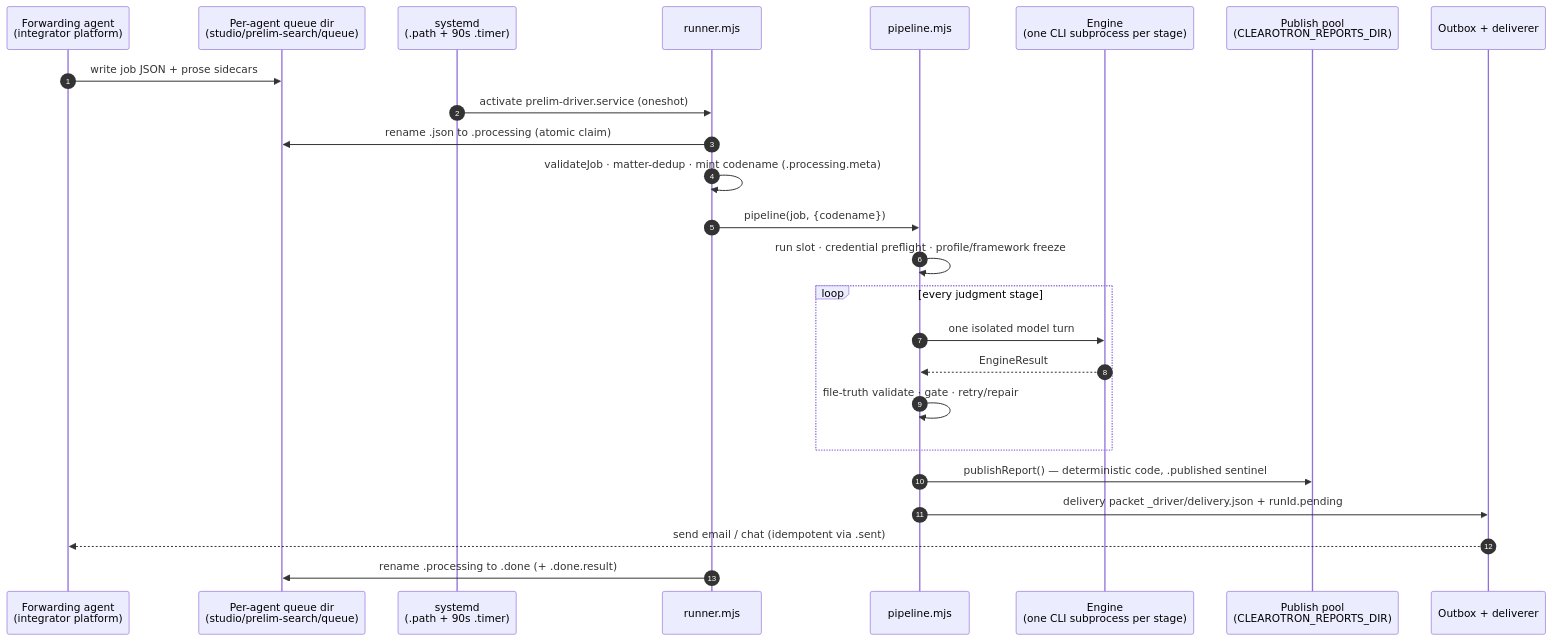
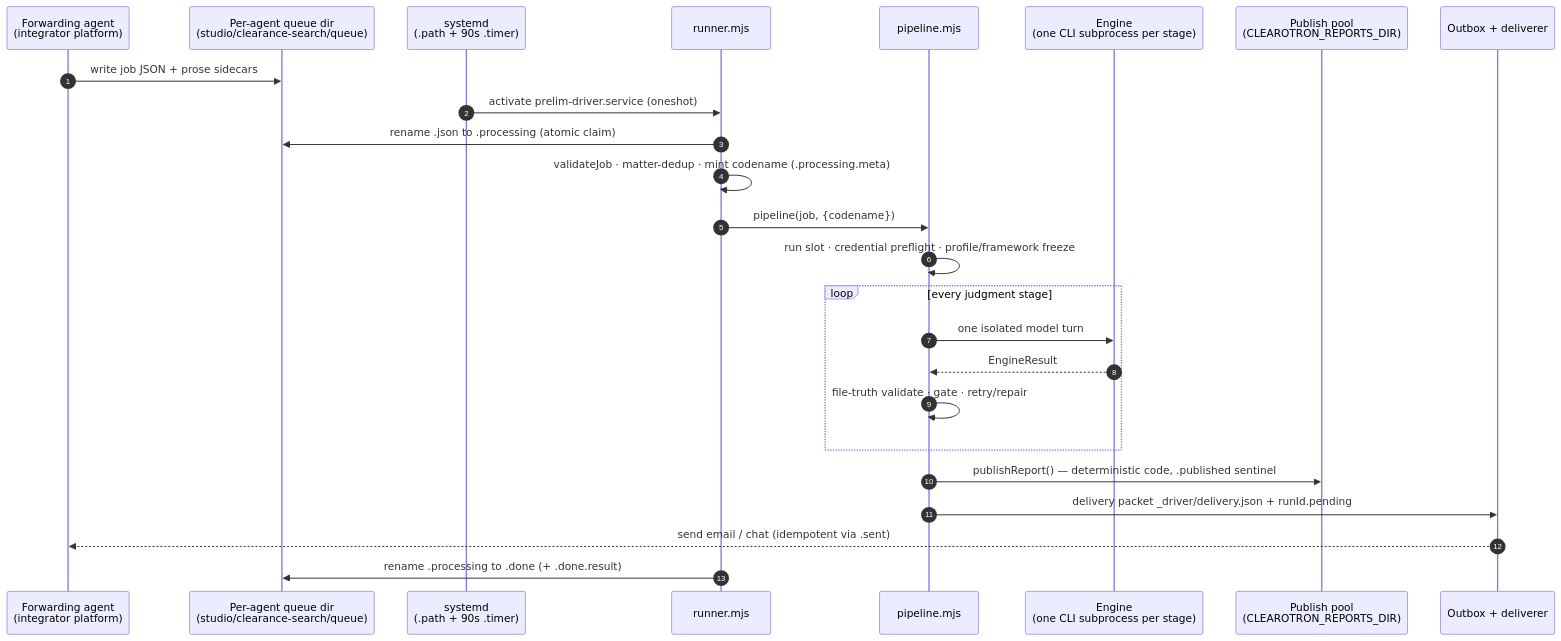
Before and after one commit to CordilleraSarl/clearotron: the first of 5 diagrams in docs/architecture/03-run-lifecycle.md, drawn with Mermaid. The commit also changed other lines of this file and 385 other files, not shown here.

````diff
--- a/docs/architecture/03-run-lifecycle.md
+++ b/docs/architecture/03-run-lifecycle.md
@@ -26,28 +26,28 @@
 ```mermaid
 sequenceDiagram
     autonumber
     participant A as Forwarding agent<br/>(integrator platform)
-    participant Q as Per-agent queue dir<br/>(studio/prelim-search/queue)
+    participant Q as Per-agent queue dir<br/>(studio/clearance-search/queue)
     participant S as systemd<br/>(.path + 90s .timer)
     participant R as runner.mjs
     participant P as pipeline.mjs
     participant E as Engine<br/>(one CLI subprocess per stage)
     participant Pool as Publish pool<br/>(CLEAROTRON_REPORTS_DIR)
     participant O as Outbox + deliverer
 
     A->>Q: write job JSON + prose sidecars
     S->>R: activate prelim-driver.service (oneshot)
     R->>Q: rename .json to .processing (atomic claim)
     R->>R: validateJob · matter-dedup · mint codename (.processing.meta)
     R->>P: pipeline(job, {codename})
     P->>P: run slot · credential preflight · profile/framework freeze
     loop every judgment stage
         P->>E: one isolated model turn
         E-->>P: EngineResult
         P->>P: file-truth validate · gate · retry/repair
     end
     P->>Pool: publishReport() — deterministic code, .published sentinel
     P->>O: delivery packet _driver/delivery.json + runId.pending
     O-->>A: send email / chat (idempotent via .sent)
     R->>Q: rename .processing to .done (+ .done.result)
 ```
````
